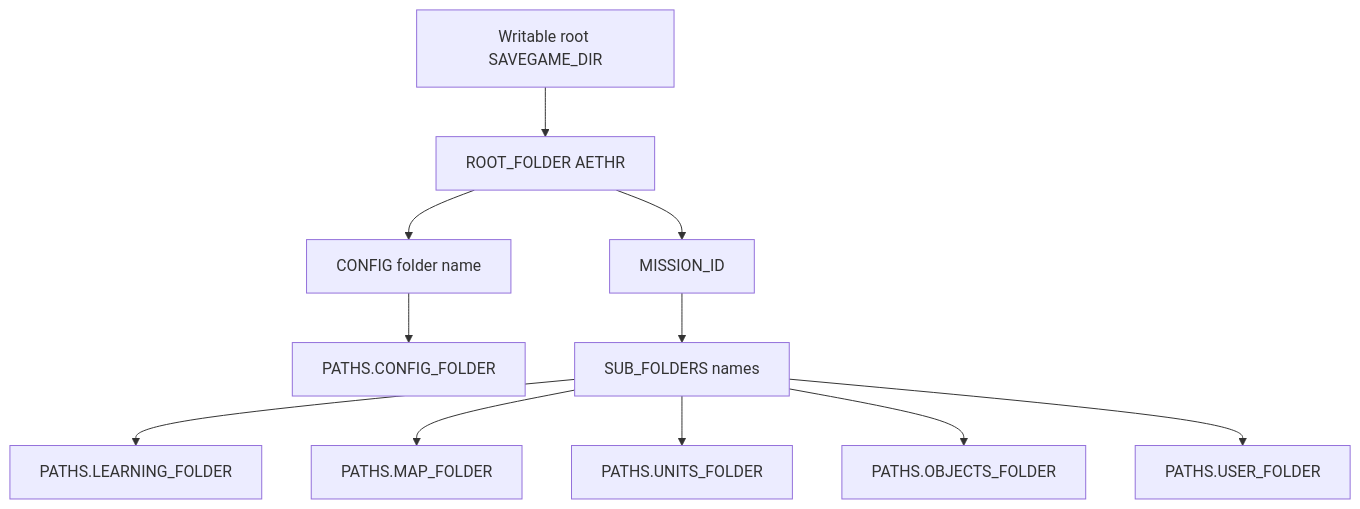
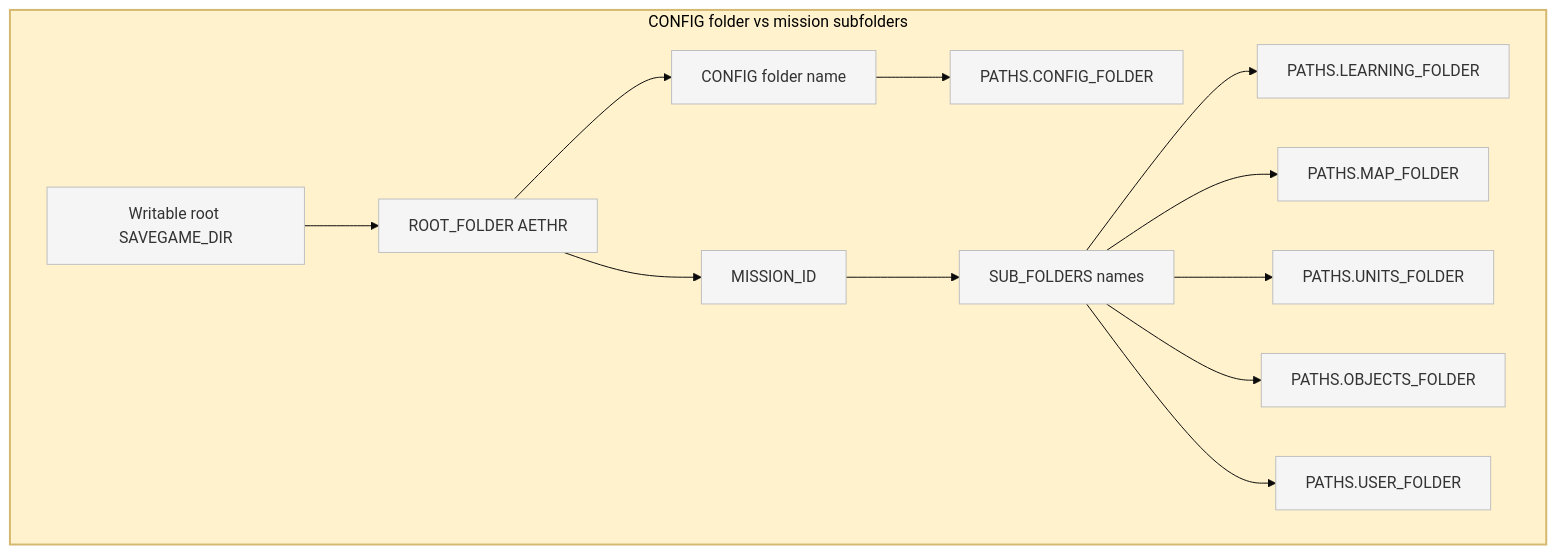
Before and after one commit to Gh0st352/AETHR: the third of 3 diagrams in docs/config/paths_and_filenames.md, drawn with Mermaid. The commit also changed other lines of this file and 8 other files, not shown here.

First line of the commit message:
docs(config): enhance Mermaid diagrams with theme/layout

````diff
--- a/docs/config/paths_and_filenames.md
+++ b/docs/config/paths_and_filenames.md
@@ -86,13 +96,20 @@
 ```mermaid
-flowchart TD
-  WD[Writable root SAVEGAME_DIR] --> RF[ROOT_FOLDER AETHR]
-  RF --> CFGN[CONFIG folder name]
-  CFGN --> CFGP[PATHS.CONFIG_FOLDER]
-  RF --> MID[MISSION_ID]
-  MID --> SUBS[SUB_FOLDERS names]
-  SUBS --> M1[PATHS.LEARNING_FOLDER]
-  SUBS --> M2[PATHS.MAP_FOLDER]
-  SUBS --> M3[PATHS.UNITS_FOLDER]
-  SUBS --> M4[PATHS.OBJECTS_FOLDER]
-  SUBS --> M5[PATHS.USER_FOLDER]
+%%{init: {"theme":"base", "themeVariables":{"primaryColor":"#f5f5f5"}}}%%
+flowchart TB
+  subgraph CFG_VS_MISSION [CONFIG folder vs mission subfolders]
+    style CFG_VS_MISSION fill:#fff2cc,stroke:#d4b86f,stroke-width:2px
+    WD[Writable root SAVEGAME_DIR] --> RF[ROOT_FOLDER AETHR]
+    RF --> CFGN[CONFIG folder name]
+    CFGN --> CFGP[PATHS.CONFIG_FOLDER]
+    RF --> MID[MISSION_ID]
+    MID --> SUBS[SUB_FOLDERS names]
+    SUBS --> M1[PATHS.LEARNING_FOLDER]
+    SUBS --> M2[PATHS.MAP_FOLDER]
+    SUBS --> M3[PATHS.UNITS_FOLDER]
+    SUBS --> M4[PATHS.OBJECTS_FOLDER]
+    SUBS --> M5[PATHS.USER_FOLDER]
+  end
+
+  classDef node fill:#f5f5f5,stroke:#bfbfbf
+  class WD,RF,CFGN,CFGP,MID,SUBS,M1,M2,M3,M4,M5 node
 ```
````
